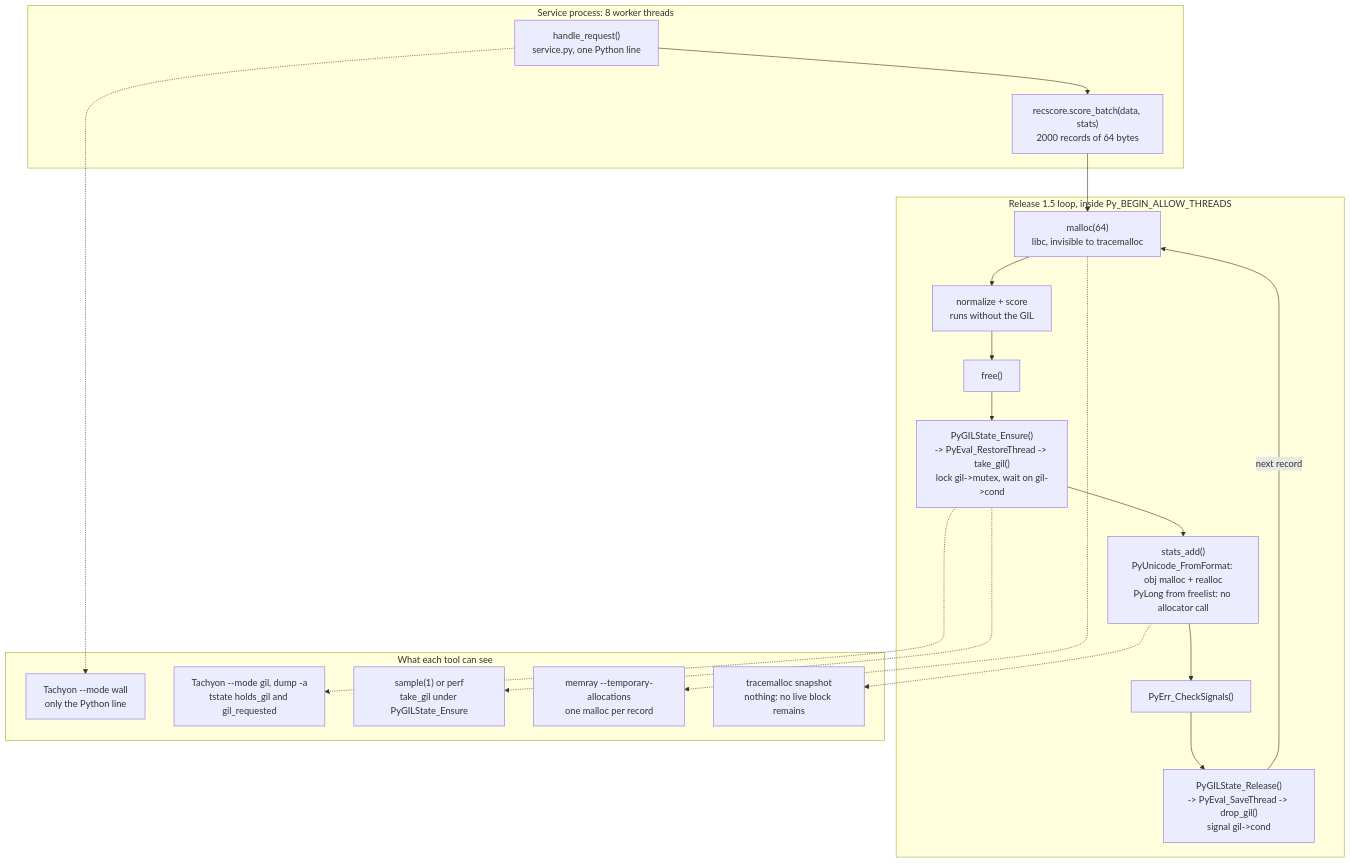
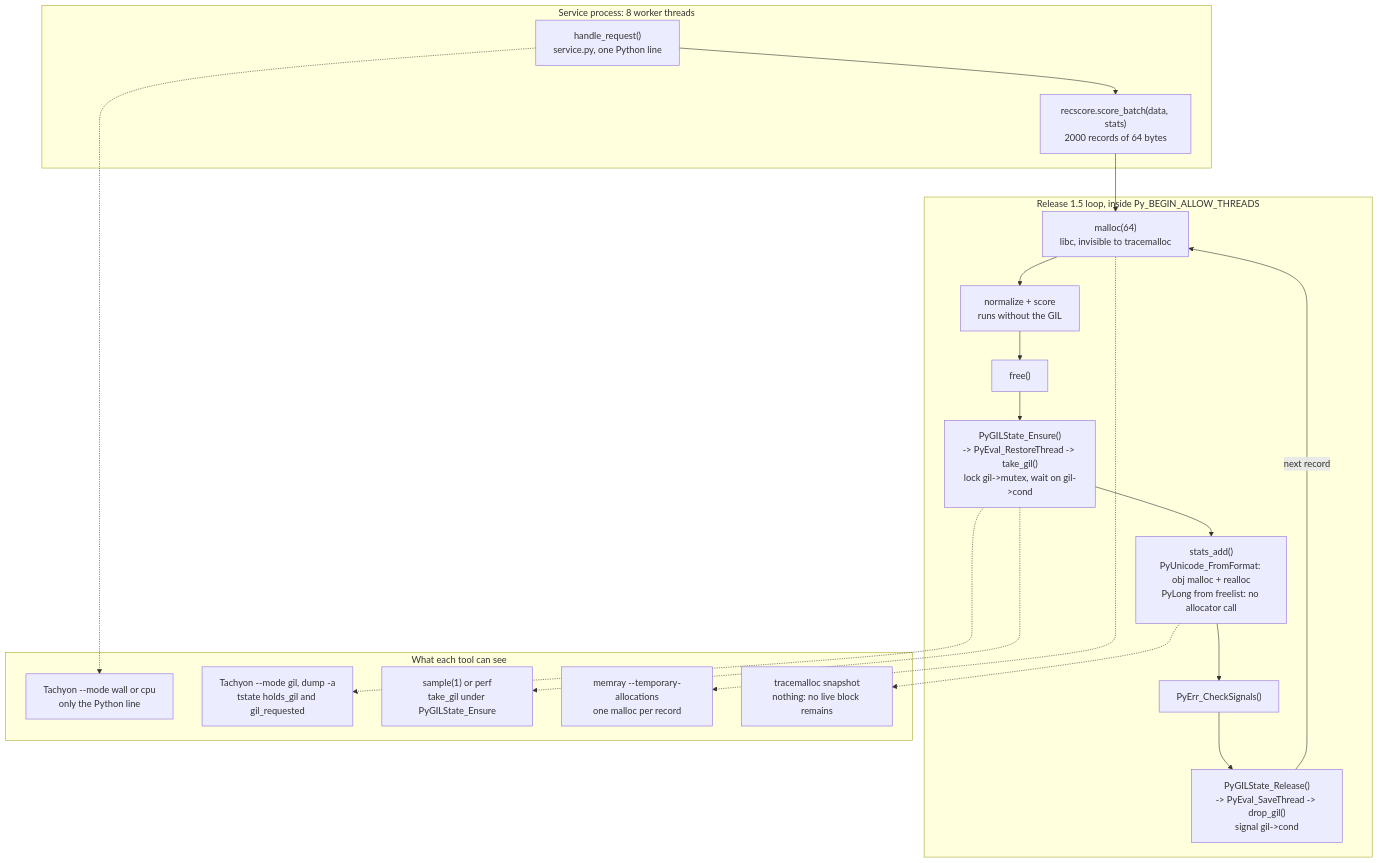
One commit to shreejitverma/The-Distinguished-Engineer changed the diagram in 18-Developer-Toolchain/05-Profiling/Drill-Profiling-Python-C-Extension-GIL-and-Allocation-Bottleneck.md. Above: the diagram before and after it, drawn with Mermaid. The commit also changed other lines of this file and 8 other files, not shown here.

````diff
--- a/18-Developer-Toolchain/05-Profiling/Drill-Profiling-Python-C-Extension-GIL-and-Allocation-Bottleneck.md
+++ b/18-Developer-Toolchain/05-Profiling/Drill-Profiling-Python-C-Extension-GIL-and-Allocation-Bottleneck.md
@@ -64,32 +67,32 @@
 ```mermaid
 flowchart TD
     subgraph SVC["Service process: 8 worker threads"]
         REQ["handle_request()<br/>service.py, one Python line"] --> CALL["recscore.score_batch(data, stats)<br/>2000 records of 64 bytes"]
     end
 
     subgraph LOOP["Release 1.5 loop, inside Py_BEGIN_ALLOW_THREADS"]
         M["malloc(64)<br/>libc, invisible to tracemalloc"] --> W["normalize + score<br/>runs without the GIL"]
         W --> F["free()"]
         F --> E["PyGILState_Ensure()<br/>-> PyEval_RestoreThread -> take_gil()<br/>lock gil->mutex, wait on gil->cond"]
         E --> S["stats_add()<br/>PyUnicode_FromFormat: obj malloc + realloc<br/>PyLong from freelist: no allocator call"]
         S --> C["PyErr_CheckSignals()"]
         C --> R["PyGILState_Release()<br/>-> PyEval_SaveThread -> drop_gil()<br/>signal gil->cond"]
         R -->|"next record"| M
     end
 
     CALL --> M
 
     subgraph TOOLS["What each tool can see"]
-        T1["Tachyon --mode wall<br/>only the Python line"]
+        T1["Tachyon --mode wall or cpu<br/>only the Python line"]
         T2["Tachyon --mode gil, dump -a<br/>tstate holds_gil and gil_requested"]
         T3["sample(1) or perf<br/>take_gil under PyGILState_Ensure"]
         T4["memray --temporary-allocations<br/>one malloc per record"]
         T5["tracemalloc snapshot<br/>nothing: no live block remains"]
     end
 
     REQ -.-> T1
     E -.-> T2
     E -.-> T3
     M -.-> T4
     S -.-> T5
 ```
````
